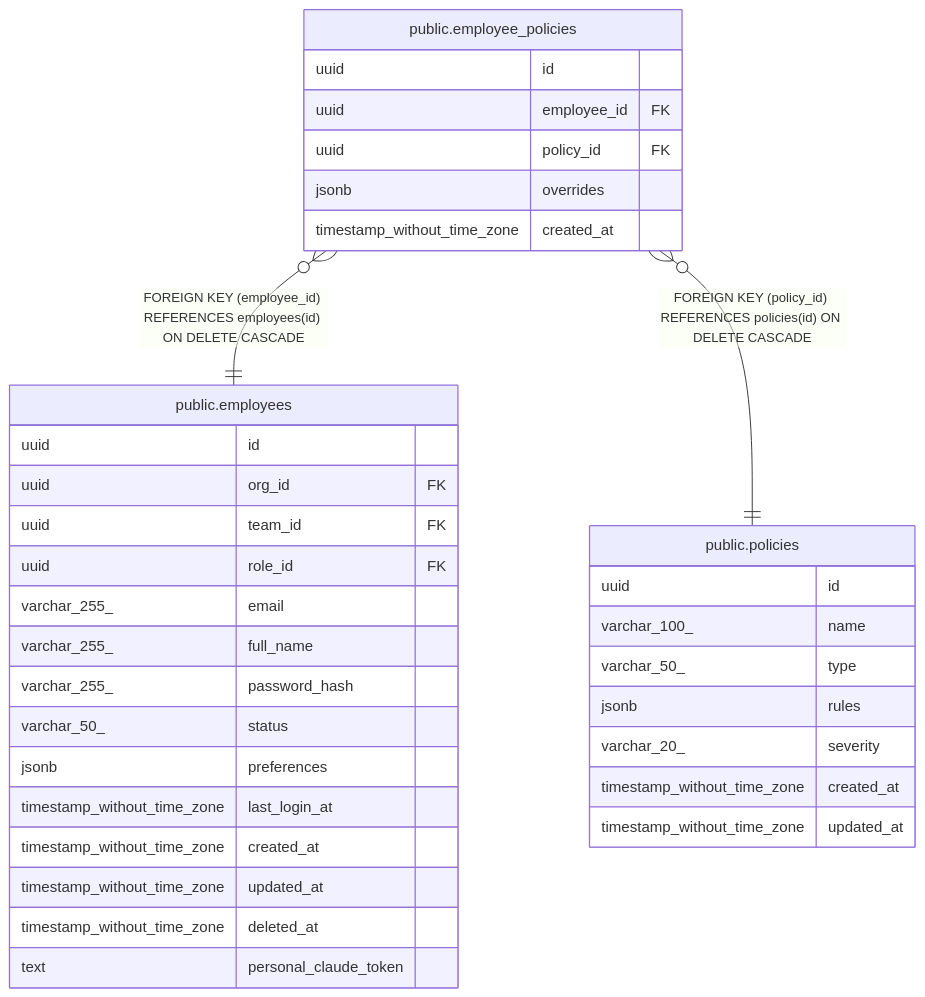
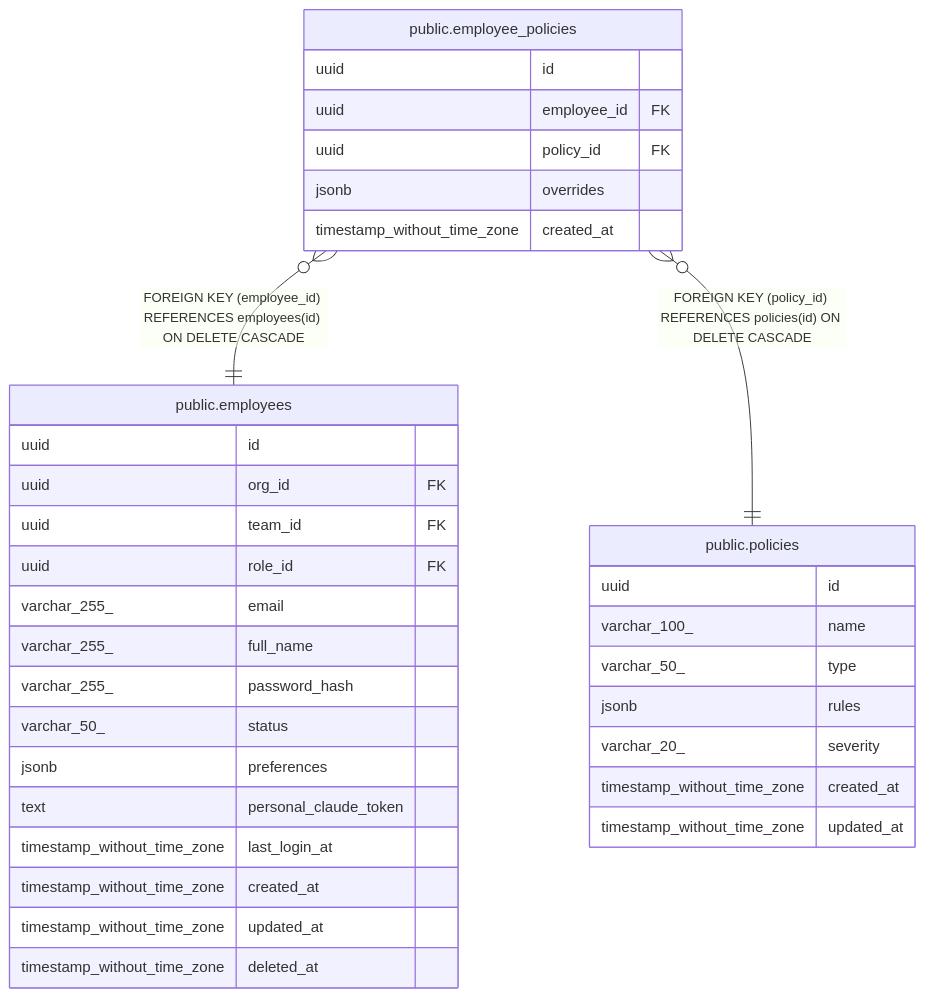
One commit to rastrigin-systems/arfa changed the diagram in docs/public.employee_policies.md. Above: the diagram before and after it, drawn with Mermaid. The commit also changed other lines of this file and 57 other files, not shown here.

````diff
--- a/docs/public.employee_policies.md
+++ b/docs/public.employee_policies.md
@@ -33,39 +33,39 @@
 ```mermaid
 erDiagram
 
 "public.employee_policies" }o--|| "public.employees" : "FOREIGN KEY (employee_id) REFERENCES employees(id) ON DELETE CASCADE"
 "public.employee_policies" }o--|| "public.policies" : "FOREIGN KEY (policy_id) REFERENCES policies(id) ON DELETE CASCADE"
 
 "public.employee_policies" {
   uuid id
   uuid employee_id FK
   uuid policy_id FK
   jsonb overrides
   timestamp_without_time_zone created_at
 }
 "public.employees" {
   uuid id
   uuid org_id FK
   uuid team_id FK
   uuid role_id FK
   varchar_255_ email
   varchar_255_ full_name
   varchar_255_ password_hash
   varchar_50_ status
   jsonb preferences
+  text personal_claude_token
   timestamp_without_time_zone last_login_at
   timestamp_without_time_zone created_at
   timestamp_without_time_zone updated_at
   timestamp_without_time_zone deleted_at
-  text personal_claude_token
 }
 "public.policies" {
   uuid id
   varchar_100_ name
   varchar_50_ type
   jsonb rules
   varchar_20_ severity
   timestamp_without_time_zone created_at
   timestamp_without_time_zone updated_at
 }
 ```
````
